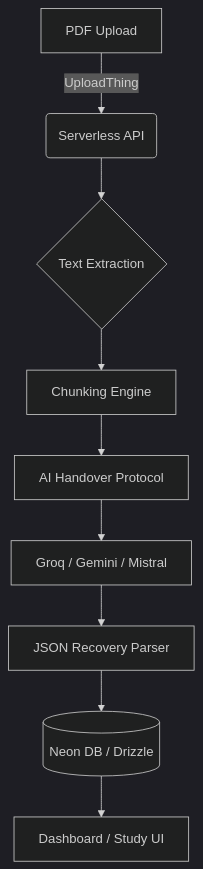
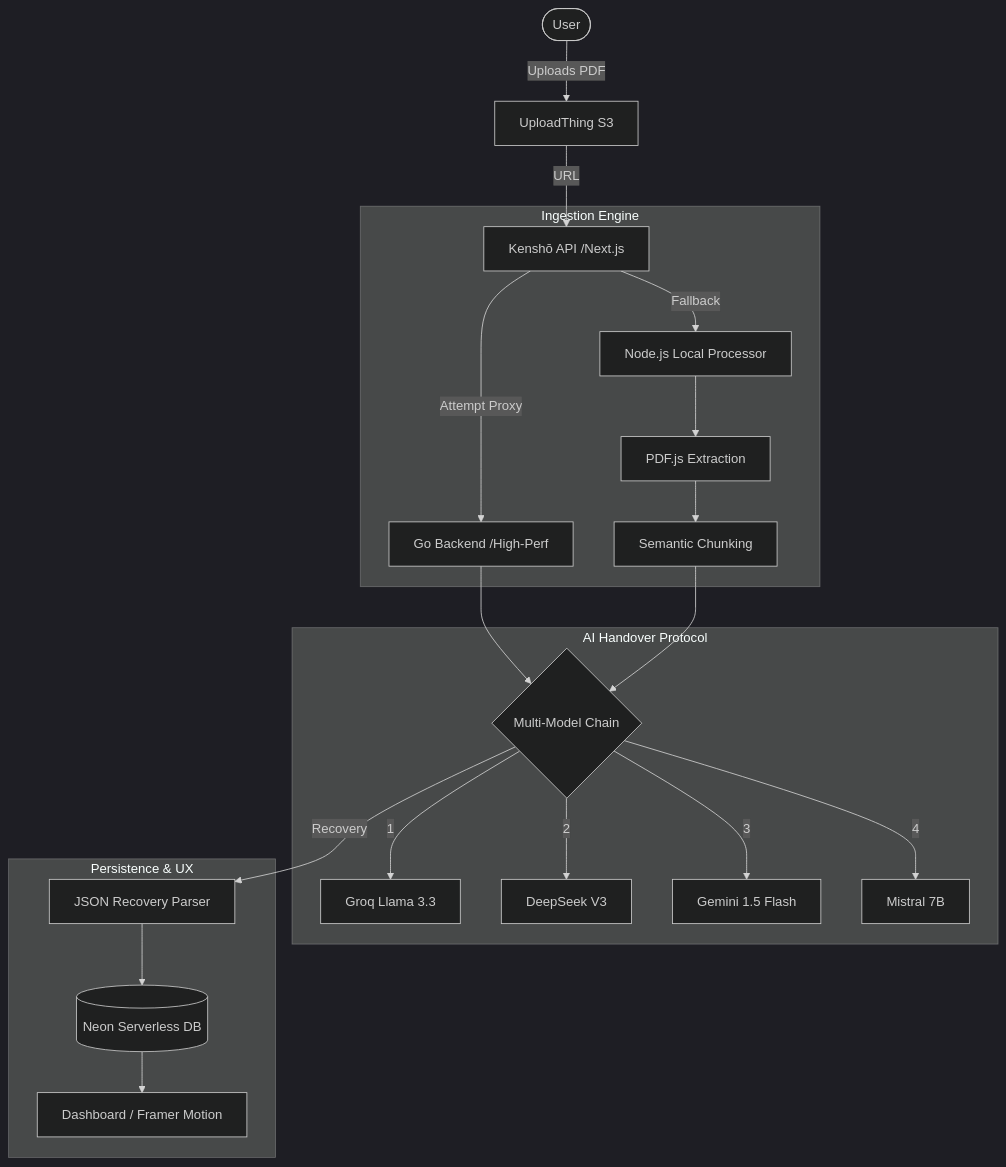
Before and after one commit to HarshalPatel1972/kensho-flashcard-engine: the diagram in README.md, drawn with Mermaid (dark theme). The commit also changed other lines of this file, not shown here.

Commit message:
docs: correct technical architecture and ingestion pipeline in README

````diff
--- a/README.md
+++ b/README.md
@@ -9,11 +9,27 @@
 ```mermaid
 graph TD
-    A[PDF Upload] -->|UploadThing| B(Serverless API)
-    B --> C{Text Extraction}
-    C --> D[Chunking Engine]
-    D --> E[AI Handover Protocol]
-    E --> F[Groq / Gemini / Mistral]
-    F --> G[JSON Recovery Parser]
-    G --> H[(Neon DB / Drizzle)]
-    H --> I[Dashboard / Study UI]
+    User([User]) -->|Uploads PDF| UT[UploadThing S3]
+    UT -->|URL| API[Kenshō API /Next.js]
+    
+    subgraph "Ingestion Engine"
+    API -->|Attempt Proxy| GO[Go Backend /High-Perf]
+    API -->|Fallback| Local[Node.js Local Processor]
+    Local --> PDF[PDF.js Extraction]
+    PDF --> Chunk[Semantic Chunking]
+    end
+    
+    subgraph "AI Handover Protocol"
+    GO --> AI
+    Chunk --> AI{Multi-Model Chain}
+    AI -->|1| Groq[Groq Llama 3.3]
+    AI -->|2| DS[DeepSeek V3]
+    AI -->|3| Gem[Gemini 1.5 Flash]
+    AI -->|4| Mist[Mistral 7B]
+    end
+    
+    subgraph "Persistence & UX"
+    AI -->|Recovery| Parser[JSON Recovery Parser]
+    Parser --> DB[(Neon Serverless DB)]
+    DB --> DASH[Dashboard / Framer Motion]
+    end
 ```
````
